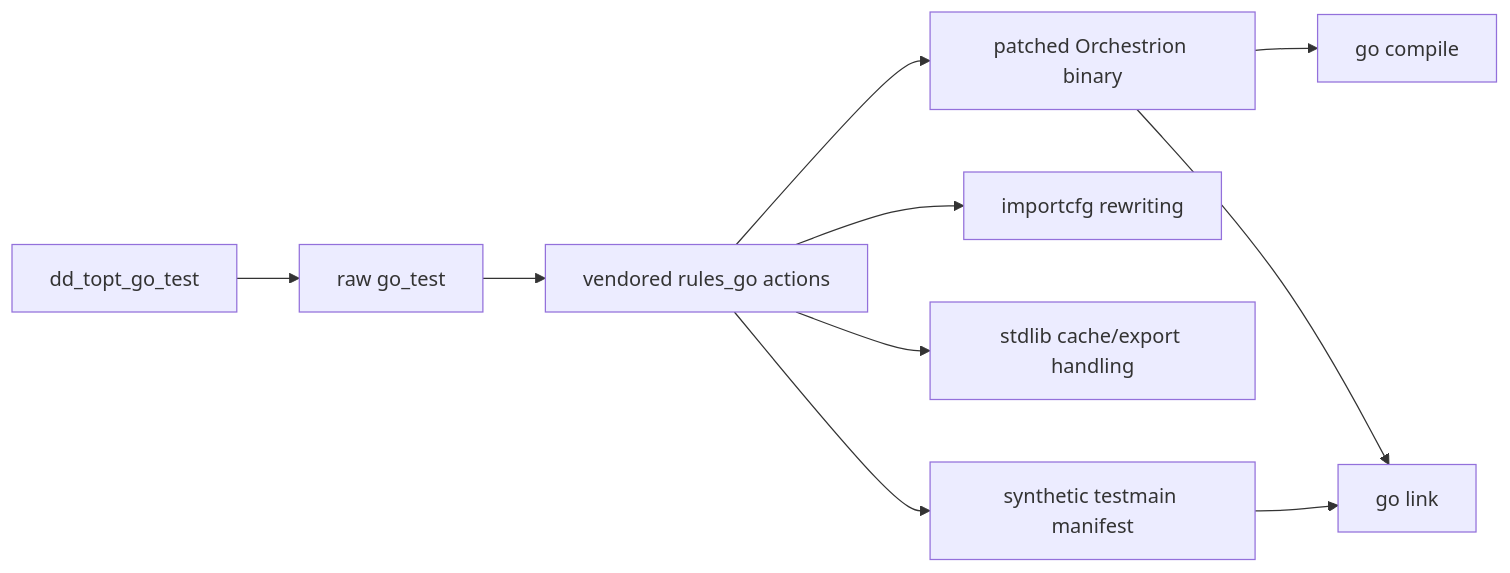
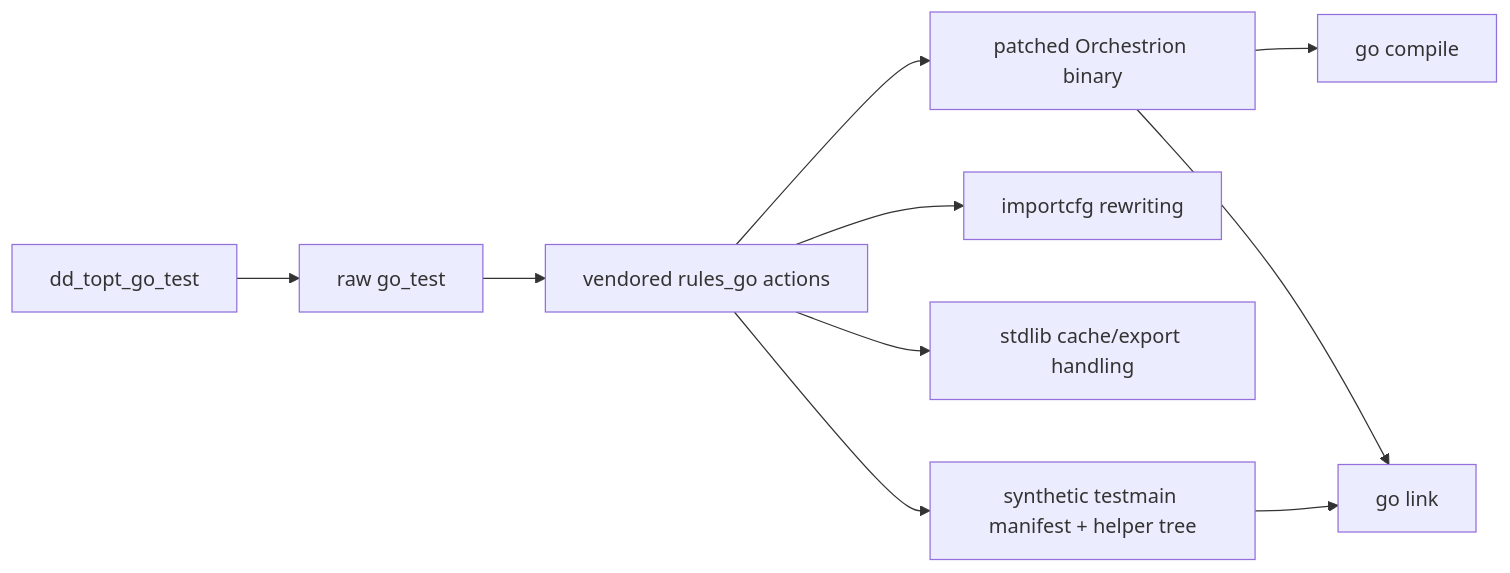
Before and after one commit to DataDog/rules_test_optimization: the second of 3 diagrams in docs/go_orchestrion_bazel_deep_dive.md, drawn with Mermaid. The commit also changed other lines of this file and 1296 other files, not shown here.

````diff
--- a/docs/go_orchestrion_bazel_deep_dive.md
+++ b/docs/go_orchestrion_bazel_deep_dive.md
@@ -372,12 +370,12 @@
 ```mermaid
 flowchart LR
     A[dd_topt_go_test] --> B[raw go_test]
     B --> C[vendored rules_go actions]
     C --> D[patched Orchestrion binary]
     D --> E[go compile]
     D --> F[go link]
     C --> G[importcfg rewriting]
     C --> H[stdlib cache/export handling]
-    C --> I[synthetic testmain manifest]
+    C --> I[synthetic testmain manifest + helper tree]
     I --> F
 ```
````
